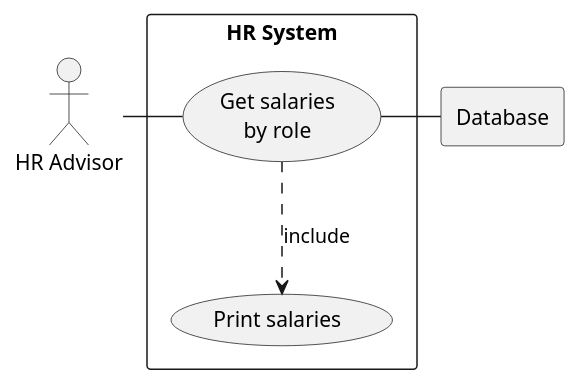
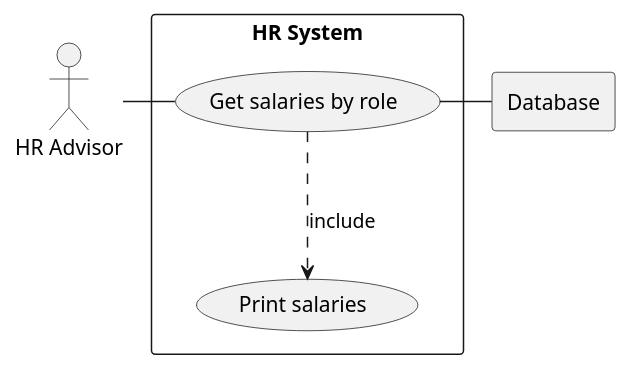
Before and after one commit to SimonaGeorgieva99/sem: the diagram in use-cases/HR System.puml, drawn with PlantUML.

Commit message:
Added use case diagram

```diff
--- a/use-cases/HR System.puml
+++ b/use-cases/HR System.puml
@@ -1,18 +1,17 @@
 @startuml
 
 actor HR as "HR Advisor"
 
 rectangle Database
 
 rectangle "HR System" {
-    usecase UC4 as "Get salaries
-    by role"
+    usecase UC4 as "Get salaries by role"
 
     usecase UCa as "Print salaries"
 
     HR - UC4
     UC4 ..> UCa : include
     UC4 - Database
 }
 
 @enduml
```
